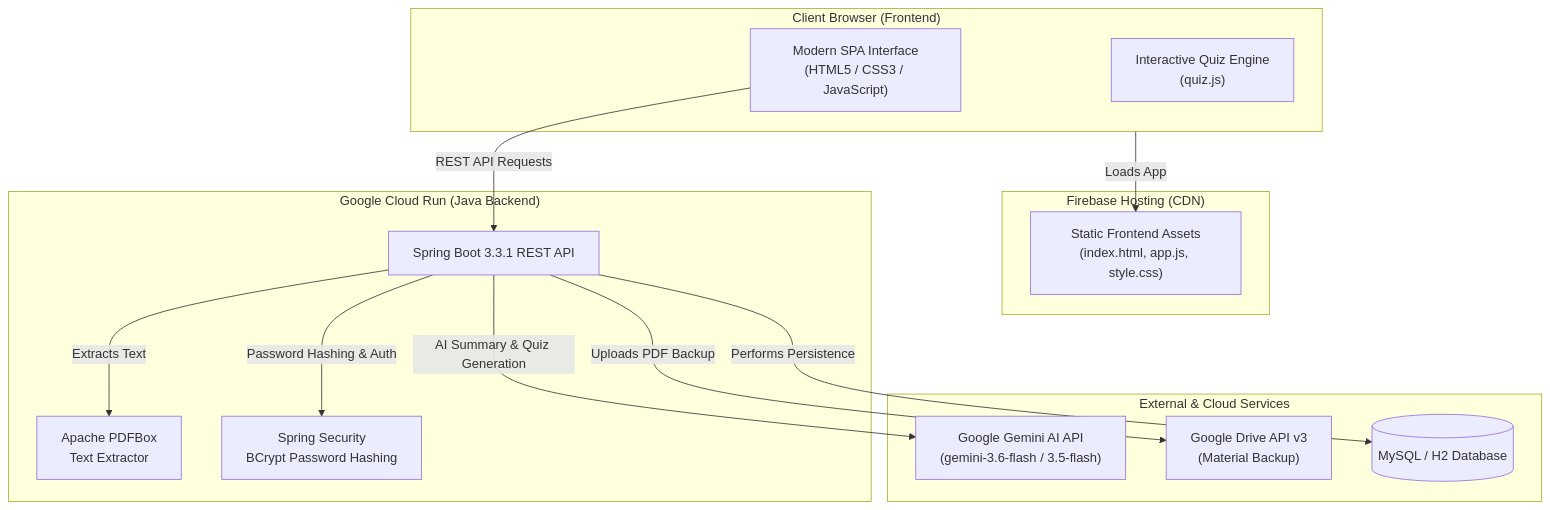
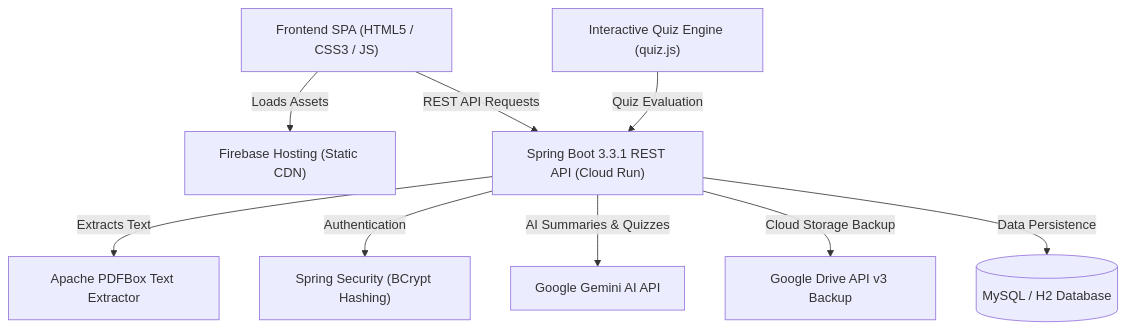
One commit to DimalWithanage/Academic-summarizer-system changed the diagram in README.md. Above: the diagram before and after it, drawn with Mermaid.

````diff
--- a/README.md
+++ b/README.md
@@ -32,31 +32,21 @@
 ```mermaid
-flowchart TD
-    subgraph Client["Client Browser (Frontend)"]
-        UI["Modern SPA Interface<br/>(HTML5 / CSS3 / JavaScript)"]
-        QuizEngine["Interactive Quiz Engine<br/>(quiz.js)"]
-    end
+graph TD
+    UI["Frontend SPA (HTML5 / CSS3 / JS)"]
+    QuizEngine["Interactive Quiz Engine (quiz.js)"]
+    FB["Firebase Hosting (Static CDN)"]
+    API["Spring Boot 3.3.1 REST API (Cloud Run)"]
+    PDFParser["Apache PDFBox Text Extractor"]
+    AuthModule["Spring Security (BCrypt Hashing)"]
+    Gemini["Google Gemini AI API"]
+    GDrive["Google Drive API v3 Backup"]
+    Database[("MySQL / H2 Database")]
 
-    subgraph Hosting["Firebase Hosting (CDN)"]
-        FB["Static Frontend Assets<br/>(index.html, app.js, style.css)"]
-    end
-
-    subgraph Backend["Google Cloud Run (Java Backend)"]
-        API["Spring Boot 3.3.1 REST API"]
-        PDFParser["Apache PDFBox<br/>Text Extractor"]
-        AuthModule["Spring Security<br/>BCrypt Password Hashing"]
-    end
-
-    subgraph CloudServices["External & Cloud Services"]
-        Gemini["Google Gemini AI API<br/>(gemini-3.6-flash / 3.5-flash)"]
-        GDrive["Google Drive API v3<br/>(Material Backup)"]
-        Database[("MySQL / H2 Database")]
-    end
-
-    Client -->|Loads App| FB
+    UI -->|Loads Assets| FB
     UI -->|REST API Requests| API
+    QuizEngine -->|Quiz Evaluation| API
     API -->|Extracts Text| PDFParser
-    API -->|Password Hashing & Auth| AuthModule
-    API -->|AI Summary & Quiz Generation| Gemini
-    API -->|Uploads PDF Backup| GDrive
-    API -->|Performs Persistence| Database
+    API -->|Authentication| AuthModule
+    API -->|AI Summaries & Quizzes| Gemini
+    API -->|Cloud Storage Backup| GDrive
+    API -->|Data Persistence| Database
 ```
````
